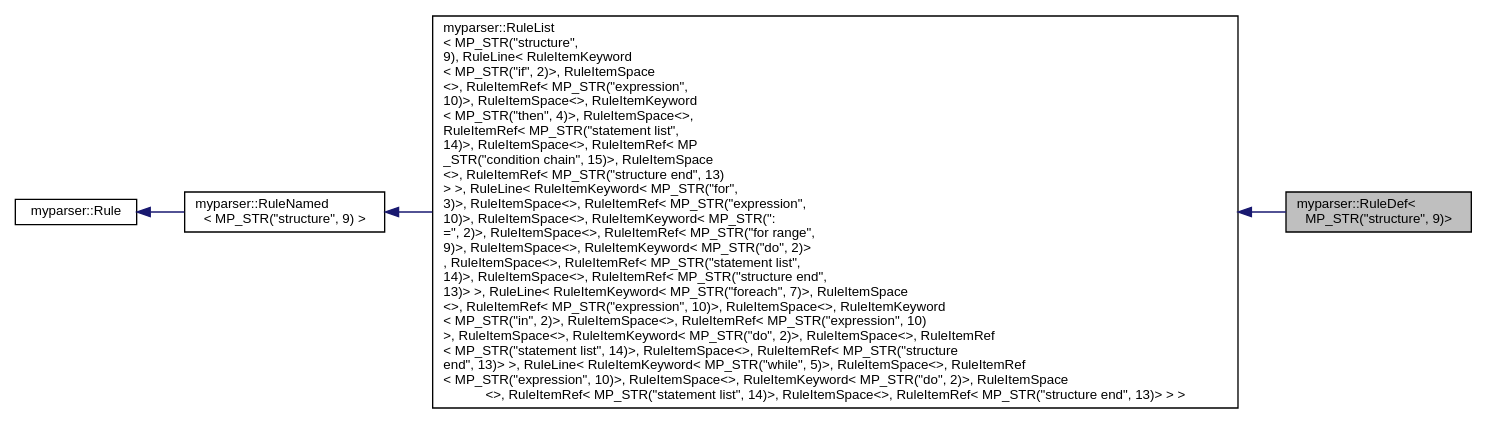
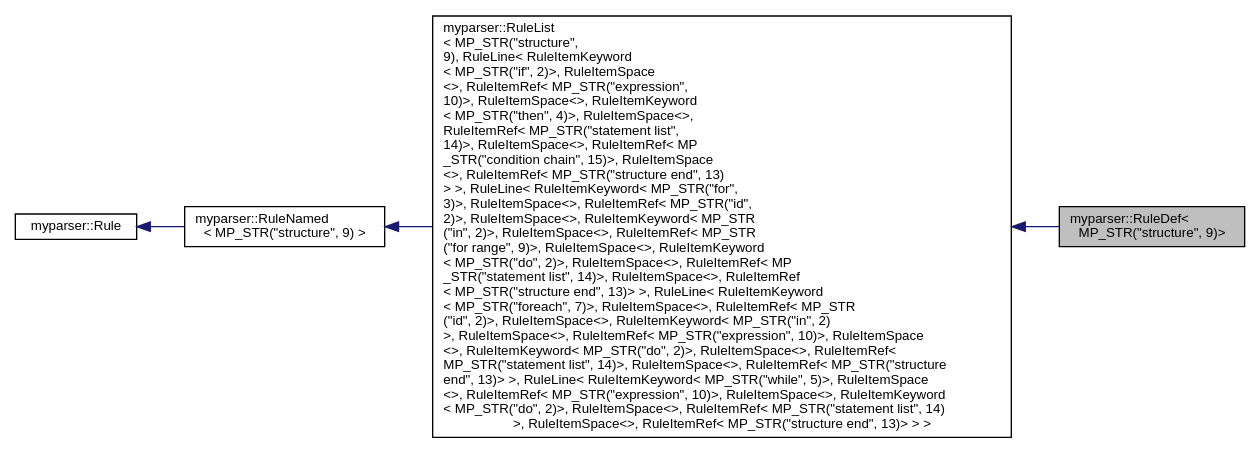
One commit to gaocegege/CompilerLab changed the diagram in classmyparser_1_1RuleDef_3_01MP__STR_07"structure"_00_019_08_4__coll__graph.dot. Above: the diagram before and after it, drawn with Graphviz. The commit also changed 675 other files, not shown here.

```diff
--- a/classmyparser_1_1RuleDef_3_01MP__STR_07"structure"_00_019_08_4__coll__graph.dot
+++ b/classmyparser_1_1RuleDef_3_01MP__STR_07"structure"_00_019_08_4__coll__graph.dot
@@ -1,13 +1,13 @@
 digraph "myparser::RuleDef&lt; MP_STR(&quot;structure&quot;, 9)&gt;"
 {
   edge [fontname="Helvetica",fontsize="10",labelfontname="Helvetica",labelfontsize="10"];
   node [fontname="Helvetica",fontsize="10",shape=record];
   rankdir="LR";
   Node1 [label="myparser::RuleDef\<\l MP_STR(\"structure\", 9)\>",height=0.2,width=0.4,color="black", fillcolor="grey75", style="filled" fontcolor="black"];
   Node2 -> Node1 [dir="back",color="midnightblue",fontsize="10",style="solid",fontname="Helvetica"];
-  Node2 [label="myparser::RuleList\l\< MP_STR(\"structure\",\l 9), RuleLine\< RuleItemKeyword\l\< MP_STR(\"if\", 2)\>, RuleItemSpace\l\<\>, RuleItemRef\< MP_STR(\"expression\",\l 10)\>, RuleItemSpace\<\>, RuleItemKeyword\l\< MP_STR(\"then\", 4)\>, RuleItemSpace\<\>,\l RuleItemRef\< MP_STR(\"statement list\",\l 14)\>, RuleItemSpace\<\>, RuleItemRef\< MP\l_STR(\"condition chain\", 15)\>, RuleItemSpace\l\<\>, RuleItemRef\< MP_STR(\"structure end\", 13)\l\> \>, RuleLine\< RuleItemKeyword\< MP_STR(\"for\",\l 3)\>, RuleItemSpace\<\>, RuleItemRef\< MP_STR(\"expression\",\l 10)\>, RuleItemSpace\<\>, RuleItemKeyword\< MP_STR(\":\l=\", 2)\>, RuleItemSpace\<\>, RuleItemRef\< MP_STR(\"for range\",\l 9)\>, RuleItemSpace\<\>, RuleItemKeyword\< MP_STR(\"do\", 2)\>\l, RuleItemSpace\<\>, RuleItemRef\< MP_STR(\"statement list\",\l 14)\>, RuleItemSpace\<\>, RuleItemRef\< MP_STR(\"structure end\",\l 13)\> \>, RuleLine\< RuleItemKeyword\< MP_STR(\"foreach\", 7)\>, RuleItemSpace\l\<\>, RuleItemRef\< MP_STR(\"expression\", 10)\>, RuleItemSpace\<\>, RuleItemKeyword\l\< MP_STR(\"in\", 2)\>, RuleItemSpace\<\>, RuleItemRef\< MP_STR(\"expression\", 10)\l\>, RuleItemSpace\<\>, RuleItemKeyword\< MP_STR(\"do\", 2)\>, RuleItemSpace\<\>, RuleItemRef\l\< MP_STR(\"statement list\", 14)\>, RuleItemSpace\<\>, RuleItemRef\< MP_STR(\"structure\l end\", 13)\> \>, RuleLine\< RuleItemKeyword\< MP_STR(\"while\", 5)\>, RuleItemSpace\<\>, RuleItemRef\l\< MP_STR(\"expression\", 10)\>, RuleItemSpace\<\>, RuleItemKeyword\< MP_STR(\"do\", 2)\>, RuleItemSpace\l\<\>, RuleItemRef\< MP_STR(\"statement list\", 14)\>, RuleItemSpace\<\>, RuleItemRef\< MP_STR(\"structure end\", 13)\> \> \>",height=0.2,width=0.4,color="black", fillcolor="white", style="filled",URL="$classmyparser_1_1RuleList.html"];
+  Node2 [label="myparser::RuleList\l\< MP_STR(\"structure\",\l 9), RuleLine\< RuleItemKeyword\l\< MP_STR(\"if\", 2)\>, RuleItemSpace\l\<\>, RuleItemRef\< MP_STR(\"expression\",\l 10)\>, RuleItemSpace\<\>, RuleItemKeyword\l\< MP_STR(\"then\", 4)\>, RuleItemSpace\<\>,\l RuleItemRef\< MP_STR(\"statement list\",\l 14)\>, RuleItemSpace\<\>, RuleItemRef\< MP\l_STR(\"condition chain\", 15)\>, RuleItemSpace\l\<\>, RuleItemRef\< MP_STR(\"structure end\", 13)\l\> \>, RuleLine\< RuleItemKeyword\< MP_STR(\"for\",\l 3)\>, RuleItemSpace\<\>, RuleItemRef\< MP_STR(\"id\",\l 2)\>, RuleItemSpace\<\>, RuleItemKeyword\< MP_STR\l(\"in\", 2)\>, RuleItemSpace\<\>, RuleItemRef\< MP_STR\l(\"for range\", 9)\>, RuleItemSpace\<\>, RuleItemKeyword\l\< MP_STR(\"do\", 2)\>, RuleItemSpace\<\>, RuleItemRef\< MP\l_STR(\"statement list\", 14)\>, RuleItemSpace\<\>, RuleItemRef\l\< MP_STR(\"structure end\", 13)\> \>, RuleLine\< RuleItemKeyword\l\< MP_STR(\"foreach\", 7)\>, RuleItemSpace\<\>, RuleItemRef\< MP_STR\l(\"id\", 2)\>, RuleItemSpace\<\>, RuleItemKeyword\< MP_STR(\"in\", 2)\l\>, RuleItemSpace\<\>, RuleItemRef\< MP_STR(\"expression\", 10)\>, RuleItemSpace\l\<\>, RuleItemKeyword\< MP_STR(\"do\", 2)\>, RuleItemSpace\<\>, RuleItemRef\<\l MP_STR(\"statement list\", 14)\>, RuleItemSpace\<\>, RuleItemRef\< MP_STR(\"structure\l end\", 13)\> \>, RuleLine\< RuleItemKeyword\< MP_STR(\"while\", 5)\>, RuleItemSpace\l\<\>, RuleItemRef\< MP_STR(\"expression\", 10)\>, RuleItemSpace\<\>, RuleItemKeyword\l\< MP_STR(\"do\", 2)\>, RuleItemSpace\<\>, RuleItemRef\< MP_STR(\"statement list\", 14)\l\>, RuleItemSpace\<\>, RuleItemRef\< MP_STR(\"structure end\", 13)\> \> \>",height=0.2,width=0.4,color="black", fillcolor="white", style="filled",URL="$classmyparser_1_1RuleList.html"];
   Node3 -> Node2 [dir="back",color="midnightblue",fontsize="10",style="solid",fontname="Helvetica"];
   Node3 [label="myparser::RuleNamed\l\< MP_STR(\"structure\", 9) \>",height=0.2,width=0.4,color="black", fillcolor="white", style="filled",URL="$classmyparser_1_1RuleNamed.html"];
   Node4 -> Node3 [dir="back",color="midnightblue",fontsize="10",style="solid",fontname="Helvetica"];
   Node4 [label="myparser::Rule",height=0.2,width=0.4,color="black", fillcolor="white", style="filled",URL="$classmyparser_1_1Rule.html"];
 }
```
